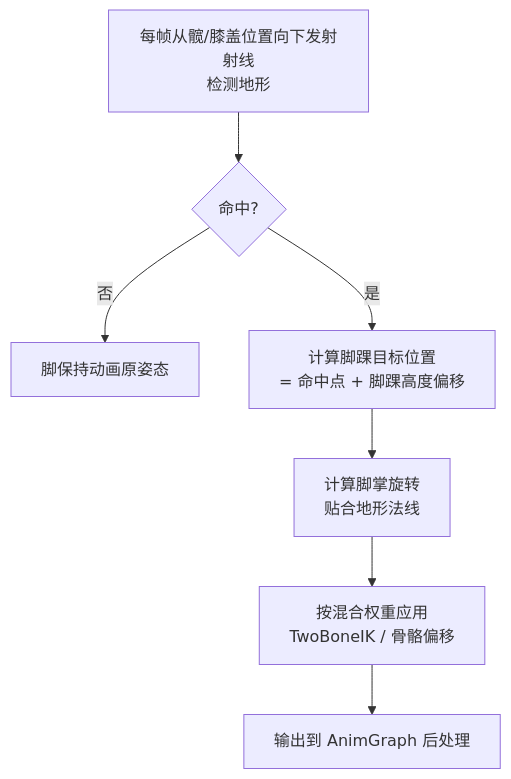
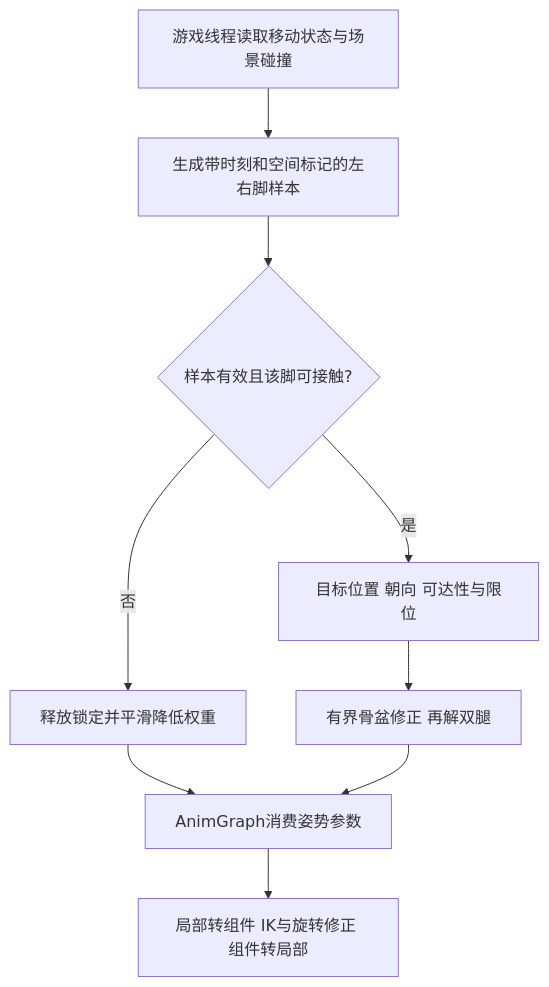
One commit to fantuan812/learning changed the diagram in 知识/04-图形动画与物理仿真/动画求值与角色表现/03-IK与程序化动画.md. Above: the diagram before and after it, drawn with Mermaid. The commit also changed other lines of this file and 1 other file, not shown here.

````diff
--- a/知识/04-图形动画与物理仿真/动画求值与角色表现/03-IK与程序化动画.md
+++ b/知识/04-图形动画与物理仿真/动画求值与角色表现/03-IK与程序化动画.md
@@ -116,9 +205,11 @@
 ```mermaid
 flowchart TD
-    A[每帧从髋/膝盖位置向下发射射线<br/>检测地形] --> B{命中?}
-    B -- 否 --> C[脚保持动画原姿态]
-    B -- 是 --> D[计算脚踝目标位置<br/>= 命中点 + 脚踝高度偏移]
-    D --> E[计算脚掌旋转<br/>贴合地形法线]
-    E --> F[按混合权重应用<br/>TwoBoneIK / 骨骼偏移]
-    F --> G[输出到 AnimGraph 后处理]
+    A[游戏线程读取移动状态与场景碰撞] --> B[生成带时刻和空间标记的左右脚样本]
+    B --> C{样本有效且该脚可接触?}
+    C -- 否 --> D[释放锁定并平滑降低权重]
+    C -- 是 --> E[目标位置 朝向 可达性与限位]
+    E --> F[有界骨盆修正 再解双腿]
+    D --> G[AnimGraph消费姿势参数]
+    F --> G
+    G --> H[局部转组件 IK与旋转修正 组件转局部]
 ```
````
